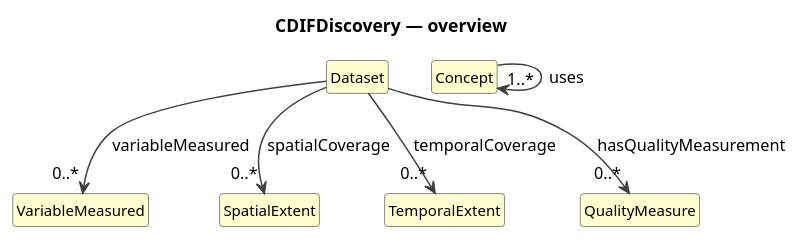
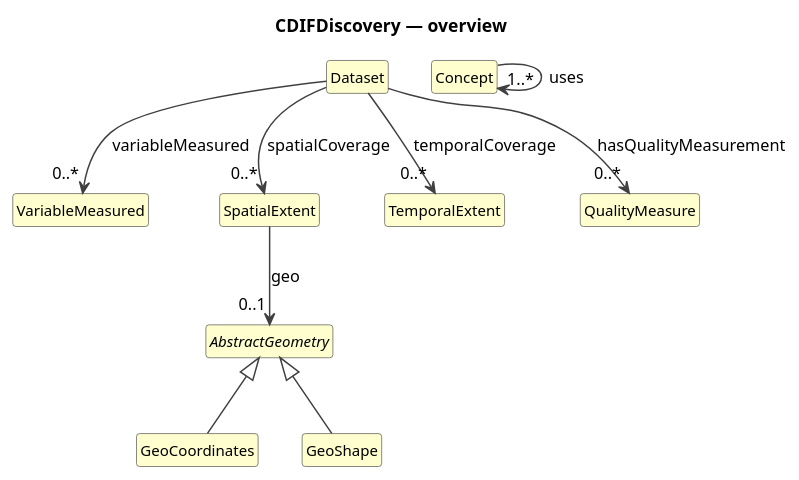
The diagram in build/field-level-documentation/CDIFDiscovery/index.pu (Cross-Domain-Interoperability-Framework/metadataBuildingBlocks), drawn with PlantUML before and after one commit. The commit also changed 64 other files, not shown here.

```diff
--- a/build/field-level-documentation/CDIFDiscovery/index.pu
+++ b/build/field-level-documentation/CDIFDiscovery/index.pu
@@ -1,26 +1,32 @@
 @startuml
 title CDIFDiscovery — overview
 hide circle
 hide empty members
 skinparam shadowing false
 skinparam ArrowThickness 1.2
 skinparam class {
   ArrowColor #404040
   BorderColor #404040
   FontSize 12
 }
 
 class "Dataset" as Dataset #FEFECE
 class "VariableMeasured" as VariableMeasured #FEFECE
 class "SpatialExtent" as SpatialExtent #FEFECE
+abstract class "AbstractGeometry" as AbstractGeometry #FEFECE
+class "GeoCoordinates" as GeoCoordinates #FEFECE
+class "GeoShape" as GeoShape #FEFECE
 class "TemporalExtent" as TemporalExtent #FEFECE
 class "QualityMeasure" as QualityMeasure #FEFECE
 class "Concept" as Concept #FEFECE
 class "Concept" as Concept #FEFECE
+AbstractGeometry <|-- GeoCoordinates
+AbstractGeometry <|-- GeoShape
 Dataset --> "0..*" VariableMeasured : variableMeasured
 Dataset --> "0..*" SpatialExtent : spatialCoverage
 Dataset --> "0..*" TemporalExtent : temporalCoverage
 Dataset --> "0..*" QualityMeasure : hasQualityMeasurement
+SpatialExtent --> "0..1" AbstractGeometry : geo
 Concept --> "1..*" Concept : uses
 
 @enduml
```
